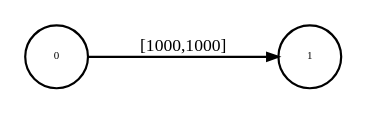
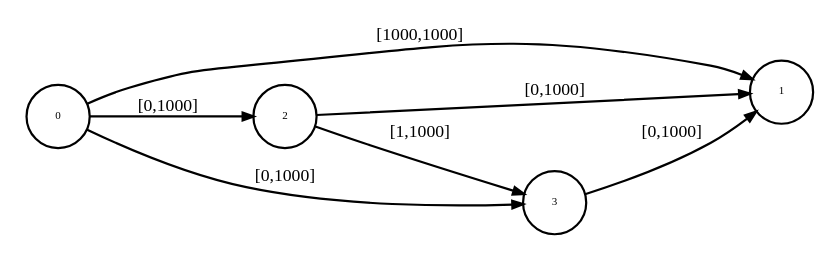
One commit to pstlab/sharework_knowledge changed the diagram in stnu.dot. Above: the diagram before and after it, drawn with Graphviz. The commit also changed 7 other files, not shown here.

```diff
--- a/stnu.dot
+++ b/stnu.dot
@@ -1,5 +1,10 @@
 digraph stnu {
 	rankdir=LR;
-	node [with=.2, height=.2, fontsize=5, shape=circle, style=filled, fillcolor=white];	0 -> 1 [fontsize=8, arrowsize= .5, label = "[1000,1000]"];
+	node [with=.2, height=.2, fontsize=5, shape=circle, style=filled, fillcolor=white];	2 -> 1 [fontsize=8, arrowsize= .5, label = "[0,1000]"];
+	2 -> 3 [fontsize=8, arrowsize= .5, label = "[1,1000]"];
+	3 -> 1 [fontsize=8, arrowsize= .5, label = "[0,1000]"];
+	0 -> 1 [fontsize=8, arrowsize= .5, label = "[1000,1000]"];
+	0 -> 2 [fontsize=8, arrowsize= .5, label = "[0,1000]"];
+	0 -> 3 [fontsize=8, arrowsize= .5, label = "[0,1000]"];
 
 }
```
